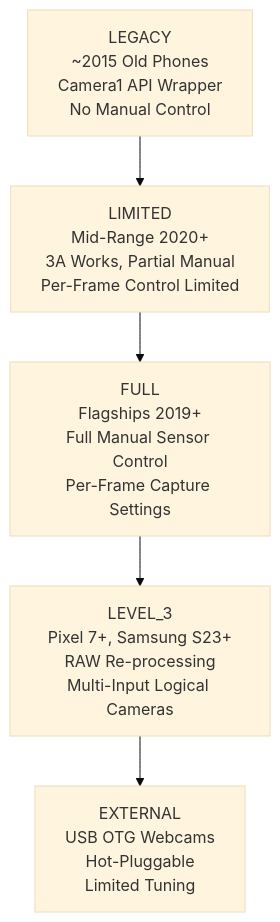
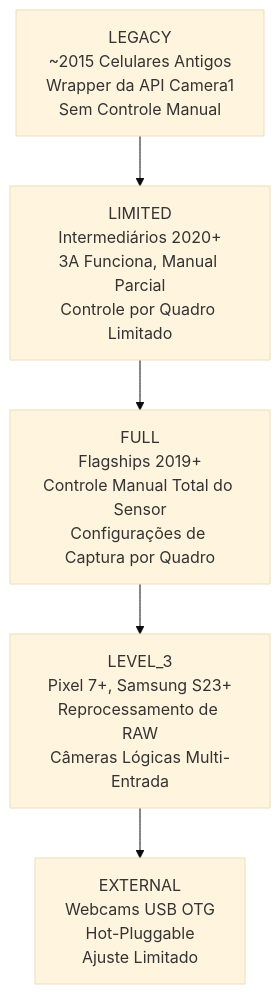
Before and after one commit to zoozooll/AndroidCameraParameters: the first of 2 diagrams in website/i18n/pt-BR/docusaurus-plugin-content-docs/current/camera2/exploring-your-phones-camera.md, drawn with Mermaid (base theme). The commit also changed other lines of this file and 378 other files, not shown here.

````diff
--- a/website/i18n/pt-BR/docusaurus-plugin-content-docs/current/camera2/exploring-your-phones-camera.md
+++ b/website/i18n/pt-BR/docusaurus-plugin-content-docs/current/camera2/exploring-your-phones-camera.md
@@ -72,7 +72,7 @@
 ```mermaid
 graph TD
-    A[LEGACY\n~2015 Old Phones\nCamera1 API Wrapper\nNo Manual Control] --> B[LIMITED\nMid-Range 2020+\n3A Works, Partial Manual\nPer-Frame Control Limited]
-    B --> C[FULL\nFlagships 2019+\nFull Manual Sensor Control\nPer-Frame Capture Settings]
-    C --> D[LEVEL_3\nPixel 7+, Samsung S23+\nRAW Re-processing\nMulti-Input Logical Cameras]
-    D --> E[EXTERNAL\nUSB OTG Webcams\nHot-Pluggable\nLimited Tuning]
+    A["LEGACY<br/>~2015 Celulares Antigos<br/>Wrapper da API Camera1<br/>Sem Controle Manual"] --> B["LIMITED<br/>Intermediários 2020+<br/>3A Funciona, Manual Parcial<br/>Controle por Quadro Limitado"]
+    B --> C[FULL<br/>Flagships 2019+<br/>Controle Manual Total do Sensor<br/>Configurações de Captura por Quadro]
+    C --> D[LEVEL_3<br/>Pixel 7+, Samsung S23+<br/>Reprocessamento de RAW<br/>Câmeras Lógicas Multi-Entrada]
+    D --> E[EXTERNAL<br/>Webcams USB OTG<br/>Hot-Pluggable<br/>Ajuste Limitado]
 ```
````
